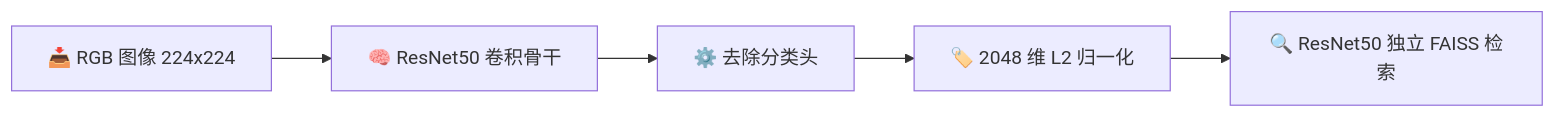
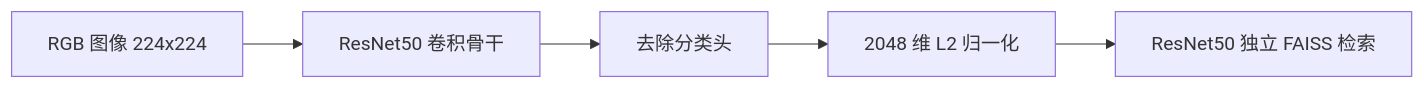
Before and after one commit to zhouxzh/Ascend310: the sixth of 7 diagrams in src/experiment/case7.md, drawn with Mermaid. The commit also changed other lines of this file and 105 other files, not shown here.

````diff
--- a/src/experiment/case7.md
+++ b/src/experiment/case7.md
@@ -215,10 +215,10 @@
 ```mermaid
 flowchart LR
     accTitle: ResNet50 相似图结构
     accDescr: ResNet50 只把图像映射到 2048 维视觉特征空间，用于图像到图像检索
 
-    image[📥 RGB 图像 224x224] --> backbone[🧠 ResNet50 卷积骨干]
-    backbone --> feature[⚙️ 去除分类头]
-    feature --> vector[🏷️ 2048 维 L2 归一化]
-    vector --> search[🔍 ResNet50 独立 FAISS 检索]
+    image[RGB 图像 224x224] --> backbone[ResNet50 卷积骨干]
+    backbone --> feature[去除分类头]
+    feature --> vector[2048 维 L2 归一化]
+    vector --> search[ResNet50 独立 FAISS 检索]
 ```
````
